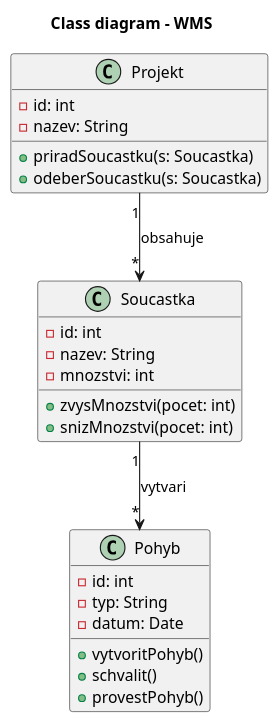
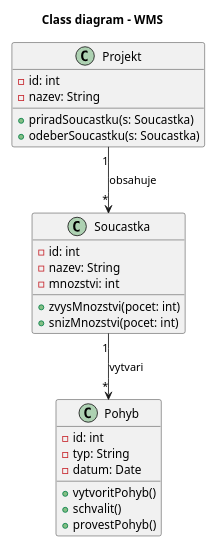
One commit to lkvapil/wms-elektronicke-soucastky changed the diagram in diagrams/02_class_diagram.puml. Above: the diagram before and after it, drawn with PlantUML. The commit also changed 3 other files, not shown here.

Commit message:
fix: zmenšení class diagramu na A4

```diff
--- a/diagrams/02_class_diagram.puml
+++ b/diagrams/02_class_diagram.puml
@@ -1,31 +1,32 @@
 @startuml
 title Class diagram - WMS
+scale 0.75
 
 class Soucastka {
   -id: int
   -nazev: String
   -mnozstvi: int
   +zvysMnozstvi(pocet: int)
   +snizMnozstvi(pocet: int)
 }
 
 class Projekt {
   -id: int
   -nazev: String
   +priradSoucastku(s: Soucastka)
   +odeberSoucastku(s: Soucastka)
 }
 
 class Pohyb {
   -id: int
   -typ: String
   -datum: Date
   +vytvoritPohyb()
   +schvalit()
   +provestPohyb()
 }
 
 Soucastka "1" --> "*" Pohyb : vytvari
 Projekt "1" --> "*" Soucastka : obsahuje
 
 @enduml
```
